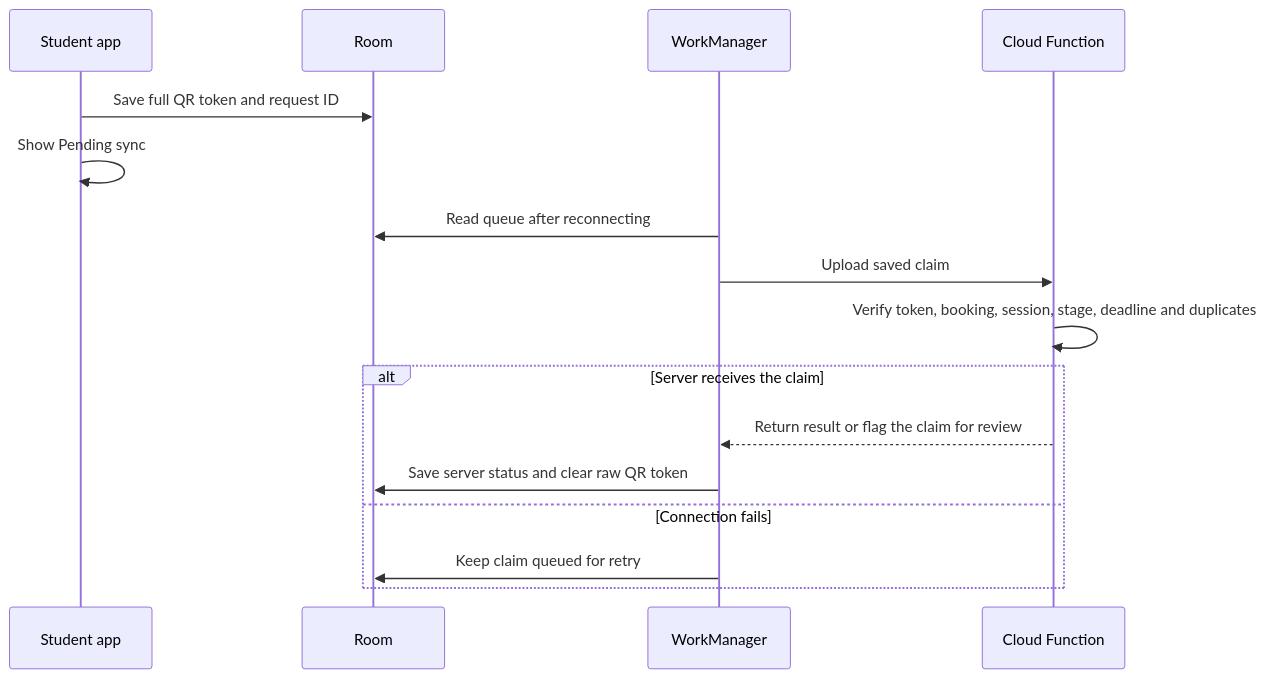
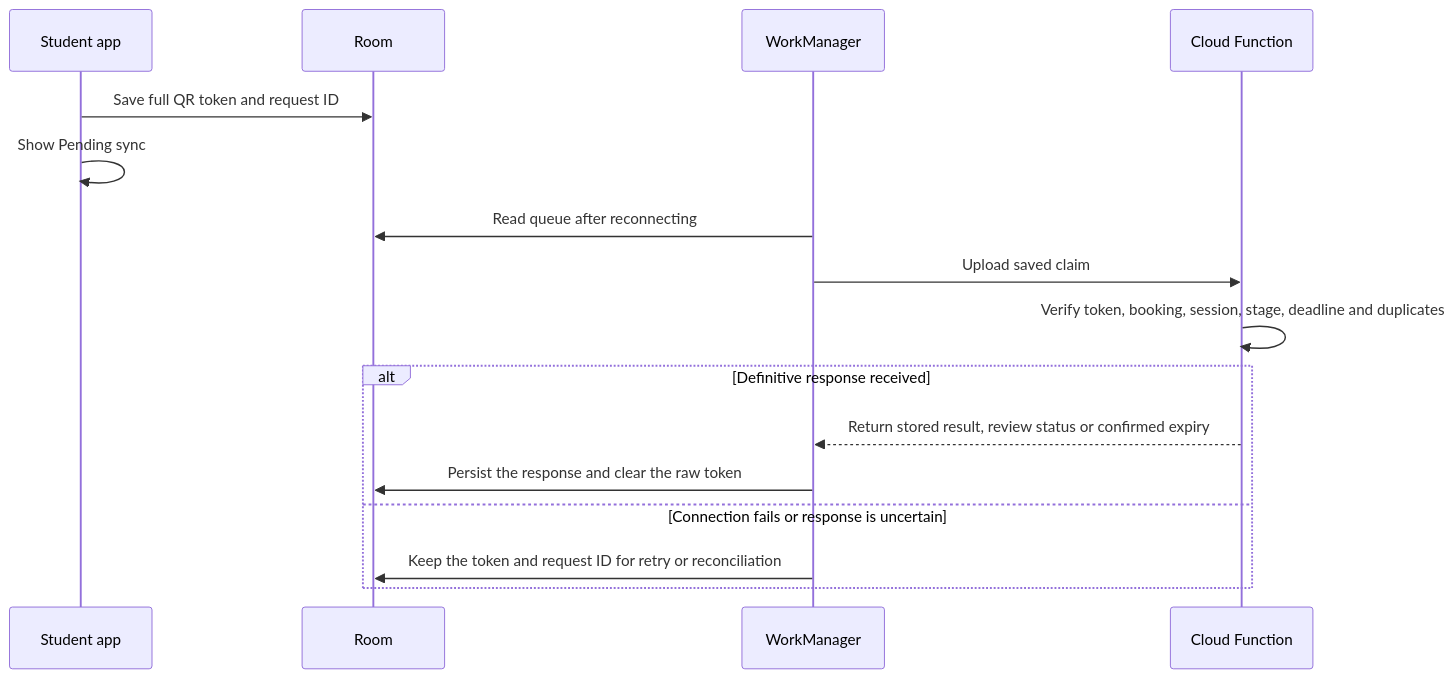
Before and after one commit to k31k1w0n9/Group-M-sCPD-Tracker: the second of 2 diagrams in docs/attendance-security-and-sync.md, drawn with Mermaid. The commit also changed other lines of this file and 10 other files, not shown here.

````diff
--- a/docs/attendance-security-and-sync.md
+++ b/docs/attendance-security-and-sync.md
@@ -50,18 +52,18 @@
 ```mermaid
 sequenceDiagram
   participant S as Student app
   participant R as Room
   participant W as WorkManager
   participant F as Cloud Function
   S->>R: Save full QR token and request ID
   S->>S: Show Pending sync
   W->>R: Read queue after reconnecting
   W->>F: Upload saved claim
   F->>F: Verify token, booking, session, stage, deadline and duplicates
-  alt Server receives the claim
-    F-->>W: Return result or flag the claim for review
-    W->>R: Save server status and clear raw QR token
-  else Connection fails
-    W->>R: Keep claim queued for retry
+  alt Definitive response received
+    F-->>W: Return stored result, review status or confirmed expiry
+    W->>R: Persist the response and clear the raw token
+  else Connection fails or response is uncertain
+    W->>R: Keep the token and request ID for retry or reconciliation
   end
 ```
````
